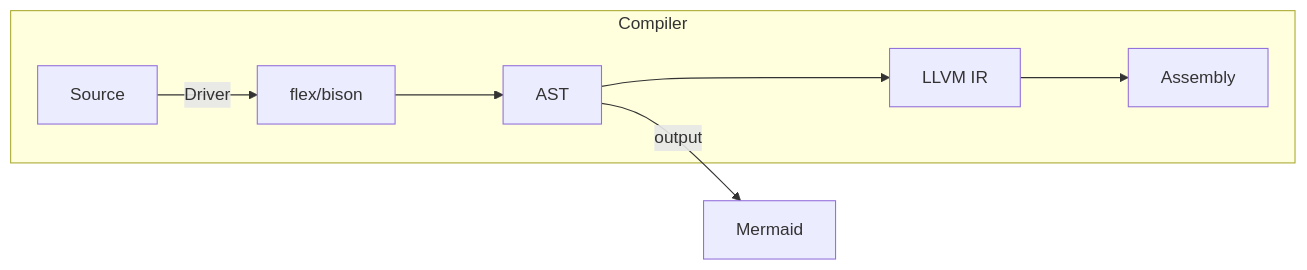
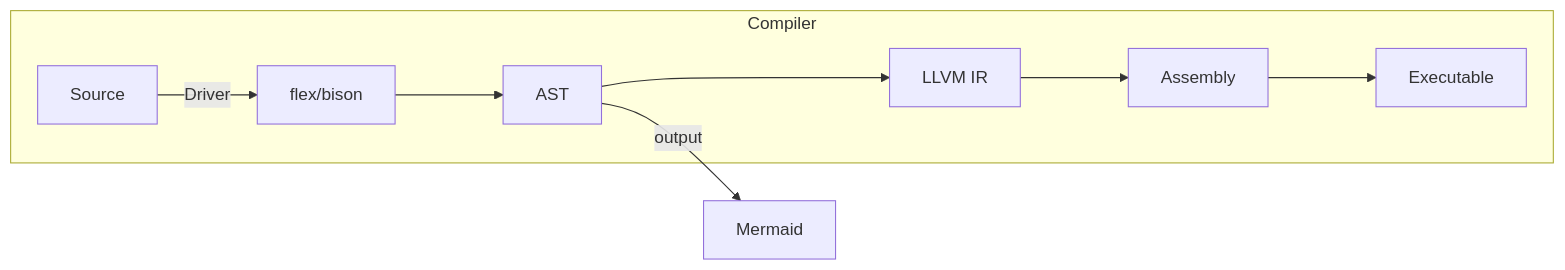
Before and after one commit to nyml2003/sysY: the first of 2 diagrams in README.md, drawn with Mermaid. The commit also changed other lines of this file and 55 other files, not shown here.

````diff
--- a/README.md
+++ b/README.md
@@ -2,10 +2,11 @@
 ```mermaid
 graph LR
     subgraph "Compiler"
         A[Source] --Driver--> B[flex/bison]
         B ---> C[AST]
         C ---> E[LLVM IR]
         E ---> F[Assembly]
+        F ---> G[Executable]
     end
     C -- output--> D[Mermaid]
 ```
````
